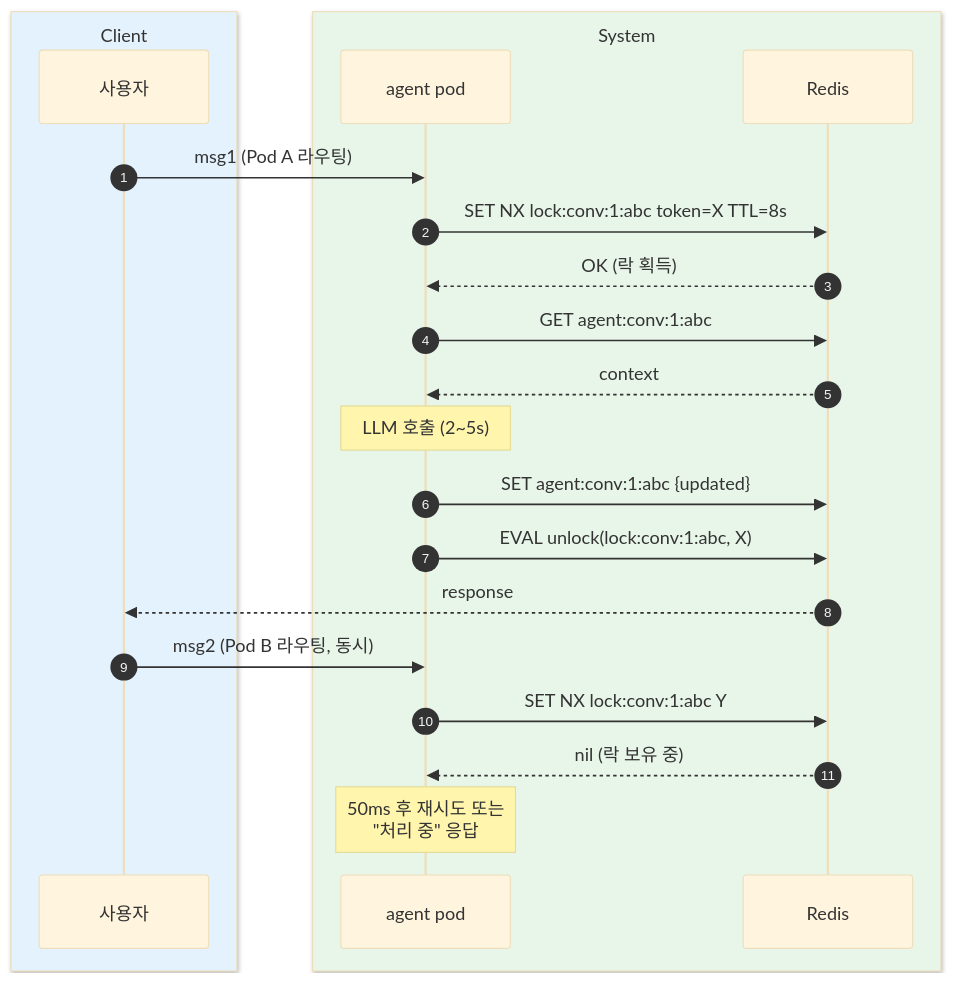
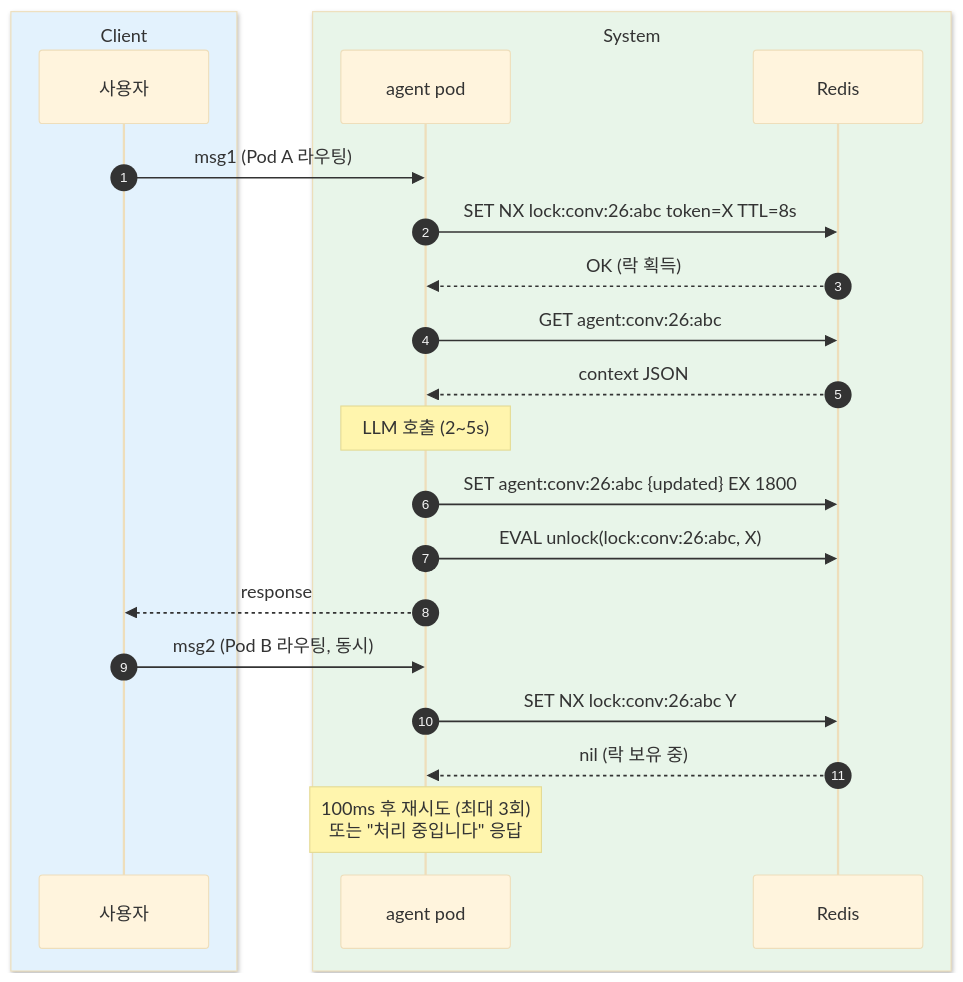
The second of 4 diagrams in docs/workflow/AGENT_MEMORY.md (uniyous/parkgolf-platform), drawn with Mermaid before and after one commit. The commit also changed other lines of this file, not shown here.

First line of the commit message:
docs(agent): AGENT_MEMORY §3 Layer 1 Working Memory 구체화

````diff
--- a/docs/workflow/AGENT_MEMORY.md
+++ b/docs/workflow/AGENT_MEMORY.md
@@ -129,27 +269,27 @@
 ```mermaid
 %%{init: {'theme':'base','themeVariables':{'fontSize':'13px'}}}%%
 sequenceDiagram
     autonumber
     box rgb(227, 242, 253) Client
     participant U as 사용자
     end
     box rgb(232, 245, 233) System
     participant A as agent pod
     participant R as Redis
     end
 
     U->>A: msg1 (Pod A 라우팅)
-    A->>R: SET NX lock:conv:1:abc token=X TTL=8s
+    A->>R: SET NX lock:conv:26:abc token=X TTL=8s
     R-->>A: OK (락 획득)
-    A->>R: GET agent:conv:1:abc
-    R-->>A: context
+    A->>R: GET agent:conv:26:abc
+    R-->>A: context JSON
     Note over A: LLM 호출 (2~5s)
-    A->>R: SET agent:conv:1:abc {updated}
-    A->>R: EVAL unlock(lock:conv:1:abc, X)
-    R-->>U: response
+    A->>R: SET agent:conv:26:abc {updated} EX 1800
+    A->>R: EVAL unlock(lock:conv:26:abc, X)
+    A-->>U: response
 
     U->>A: msg2 (Pod B 라우팅, 동시)
-    A->>R: SET NX lock:conv:1:abc Y
+    A->>R: SET NX lock:conv:26:abc Y
     R-->>A: nil (락 보유 중)
-    Note over A: 50ms 후 재시도 또는<br/>"처리 중" 응답
+    Note over A: 100ms 후 재시도 (최대 3회)<br/>또는 "처리 중입니다" 응답
 ```
````
